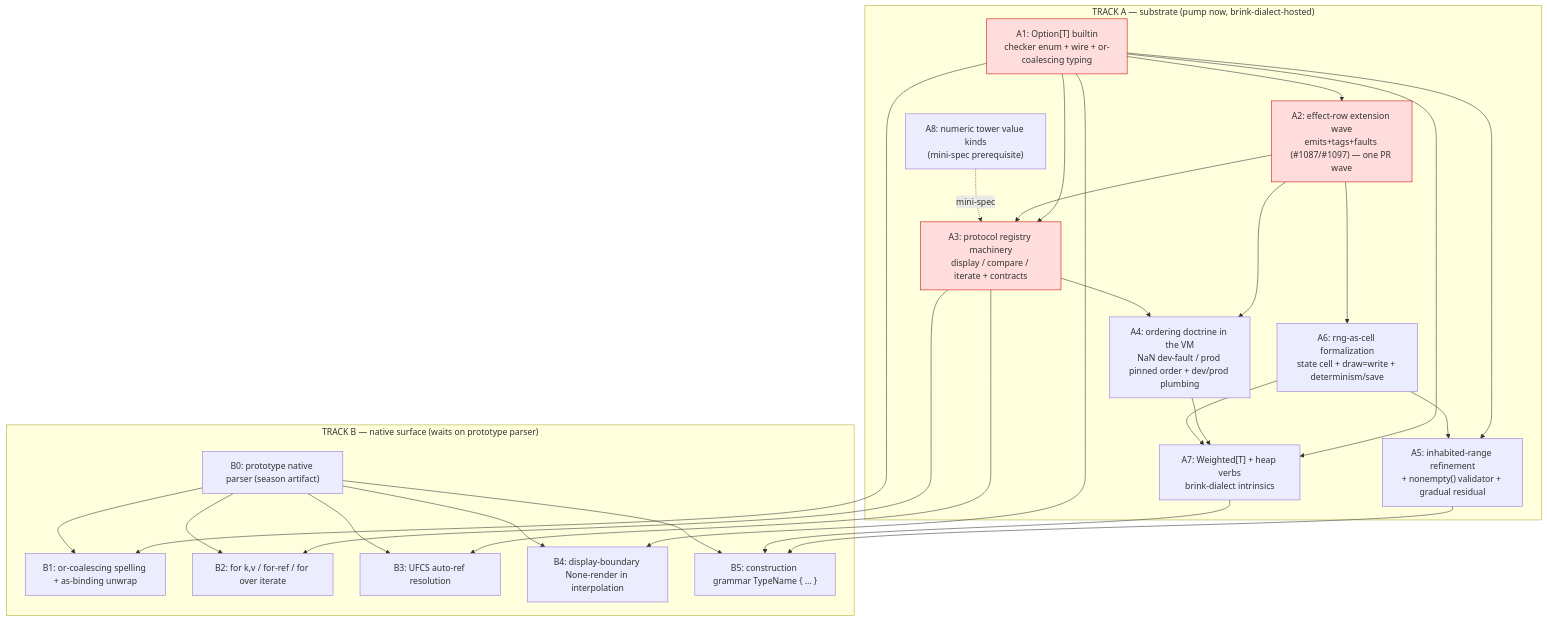
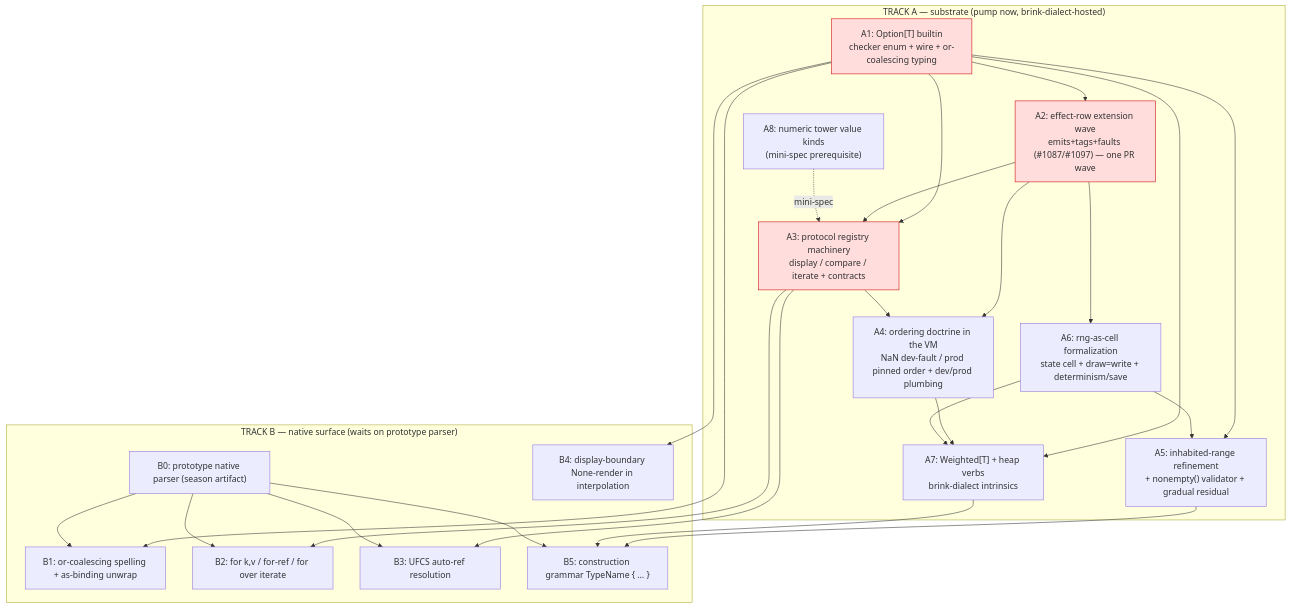
Before and after one commit to Syynth/brink: the diagram in docs/stdlib-sequencing.md, drawn with Mermaid. The commit also changed other lines of this file and 7 other files, not shown here.

````diff
--- a/docs/stdlib-sequencing.md
+++ b/docs/stdlib-sequencing.md
@@ -34,50 +34,49 @@
 ```mermaid
 graph TD
   subgraph TrackA["TRACK A — substrate (pump now, brink-dialect-hosted)"]
     A1["A1: Option[T] builtin<br/>checker enum + wire + or-coalescing typing"]
     A2["A2: effect-row extension wave<br/>emits+tags+faults (#1087/#1097) — one PR wave"]
     A3["A3: protocol registry machinery<br/>display / compare / iterate + contracts"]
     A4["A4: ordering doctrine in the VM<br/>NaN dev-fault / prod pinned order + dev/prod plumbing"]
     A5["A5: inhabited-range refinement<br/>+ nonempty() validator + gradual residual"]
     A6["A6: rng-as-cell formalization<br/>state cell + draw=write + determinism/save"]
     A7["A7: Weighted[T] + heap verbs<br/>brink-dialect intrinsics"]
     A8["A8: numeric tower value kinds<br/>(mini-spec prerequisite)"]
   end
 
   subgraph TrackB["TRACK B — native surface (waits on prototype parser)"]
     B0["B0: prototype native parser (season artifact)"]
     B1["B1: or-coalescing spelling + as-binding unwrap"]
     B2["B2: for k,v / for-ref / for over iterate"]
     B3["B3: UFCS auto-ref resolution"]
     B4["B4: display-boundary None-render in interpolation"]
     B5["B5: construction grammar TypeName { … }"]
   end
 
   A1 --> A2
   A1 --> A3
   A1 --> A5
   A1 --> A7
   A2 --> A3
   A2 --> A4
   A2 --> A6
   A3 --> A4
   A4 --> A7
   A6 --> A5
   A6 --> A7
   A8 -.mini-spec.-> A3
 
   A1 --> B1
   A1 --> B4
   A3 --> B2
   A3 --> B3
   A5 --> B5
   A7 --> B5
   B0 --> B1
   B0 --> B2
   B0 --> B3
-  B0 --> B4
   B0 --> B5
 
   classDef block fill:#fdd,stroke:#c00;
   class A1,A2,A3 block;
 ```
````
